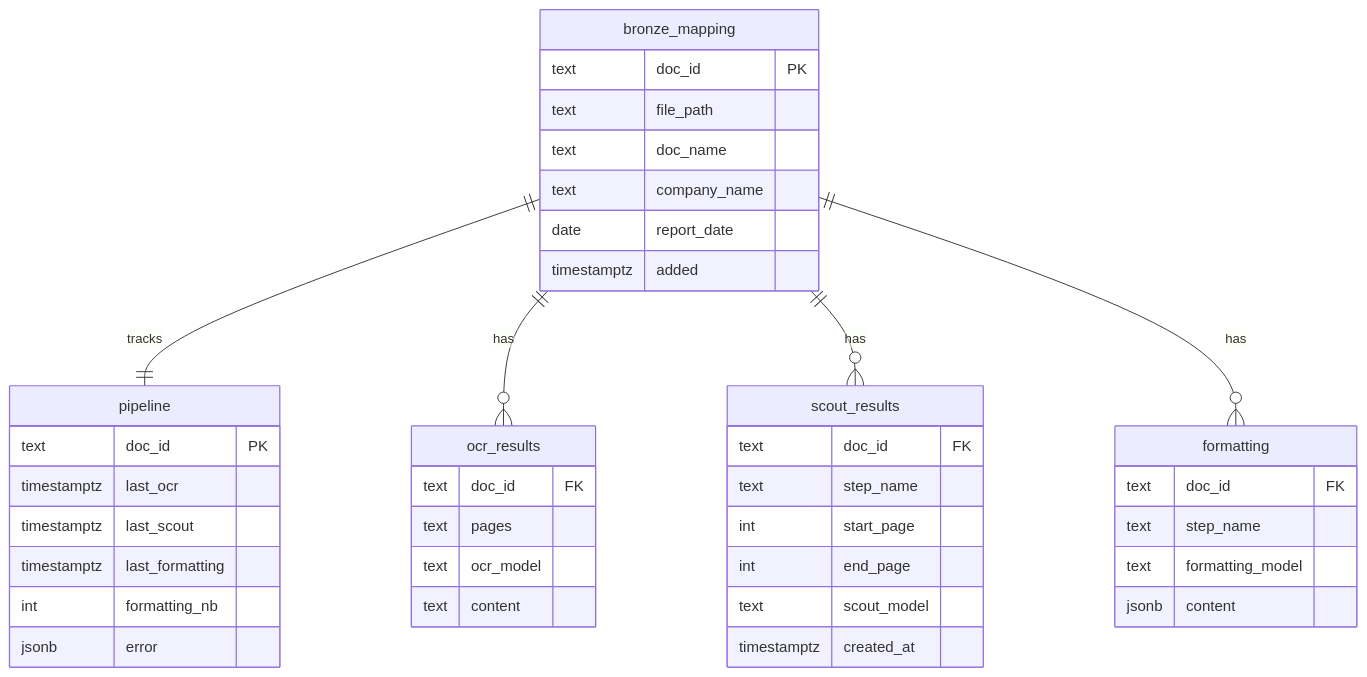
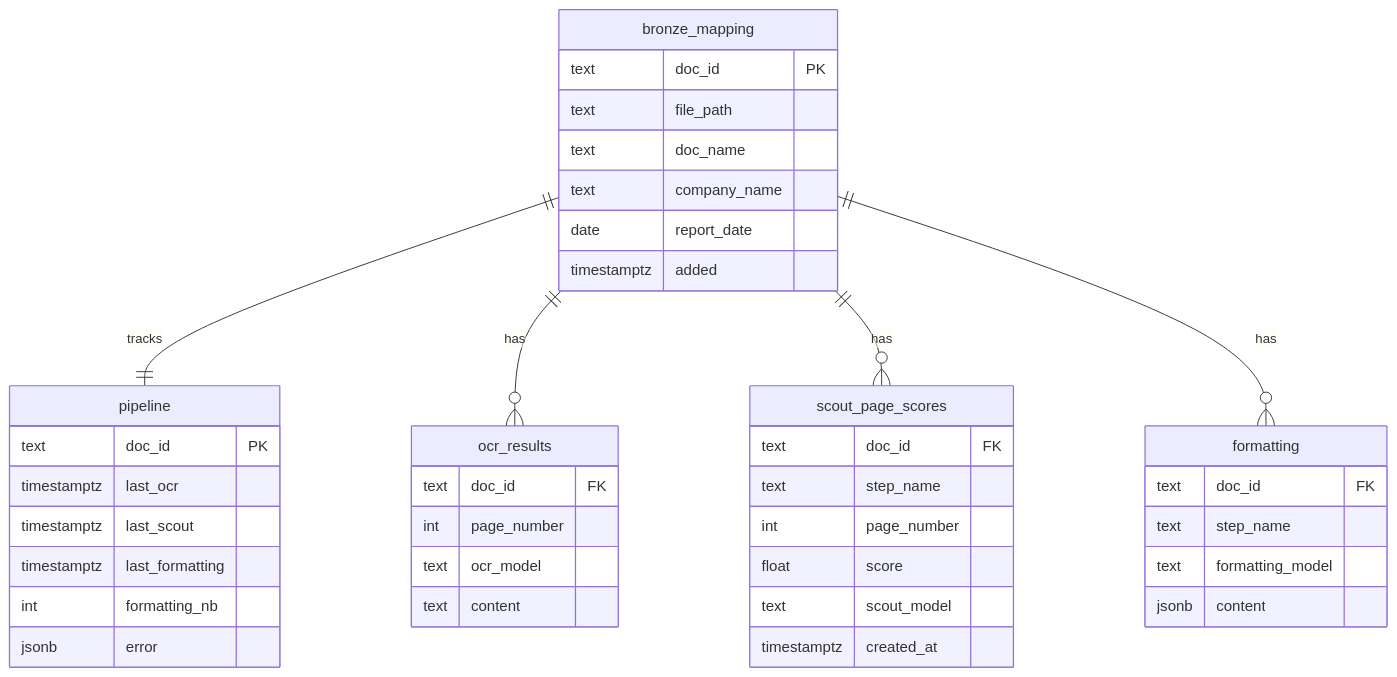
Before and after one commit to ArthurrMrv/research_ocr_pipeline: the seventh of 8 diagrams in README.md, drawn with Mermaid. The commit also changed other lines of this file and 41 other files, not shown here.

````diff
--- a/README.md
+++ b/README.md
@@ -193,44 +187,44 @@
 ```mermaid
 erDiagram
     bronze_mapping {
         text doc_id PK
         text file_path
         text doc_name
         text company_name
         date report_date
         timestamptz added
     }
     pipeline {
         text doc_id PK
         timestamptz last_ocr
         timestamptz last_scout
         timestamptz last_formatting
         int formatting_nb
         jsonb error
     }
     ocr_results {
         text doc_id FK
-        text pages
+        int page_number
         text ocr_model
         text content
     }
-    scout_results {
+    scout_page_scores {
         text doc_id FK
         text step_name
-        int start_page
-        int end_page
+        int page_number
+        float score
         text scout_model
         timestamptz created_at
     }
     formatting {
         text doc_id FK
         text step_name
         text formatting_model
         jsonb content
     }
 
     bronze_mapping ||--|| pipeline : "tracks"
     bronze_mapping ||--o{ ocr_results : "has"
-    bronze_mapping ||--o{ scout_results : "has"
+    bronze_mapping ||--o{ scout_page_scores : "has"
     bronze_mapping ||--o{ formatting : "has"
 ```
````
